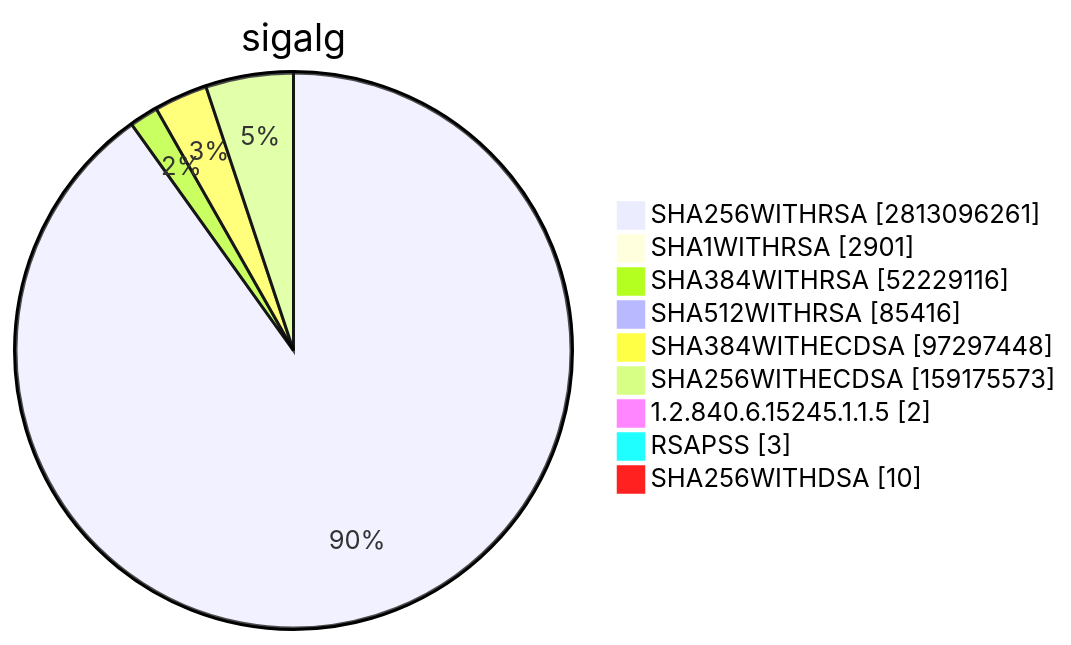
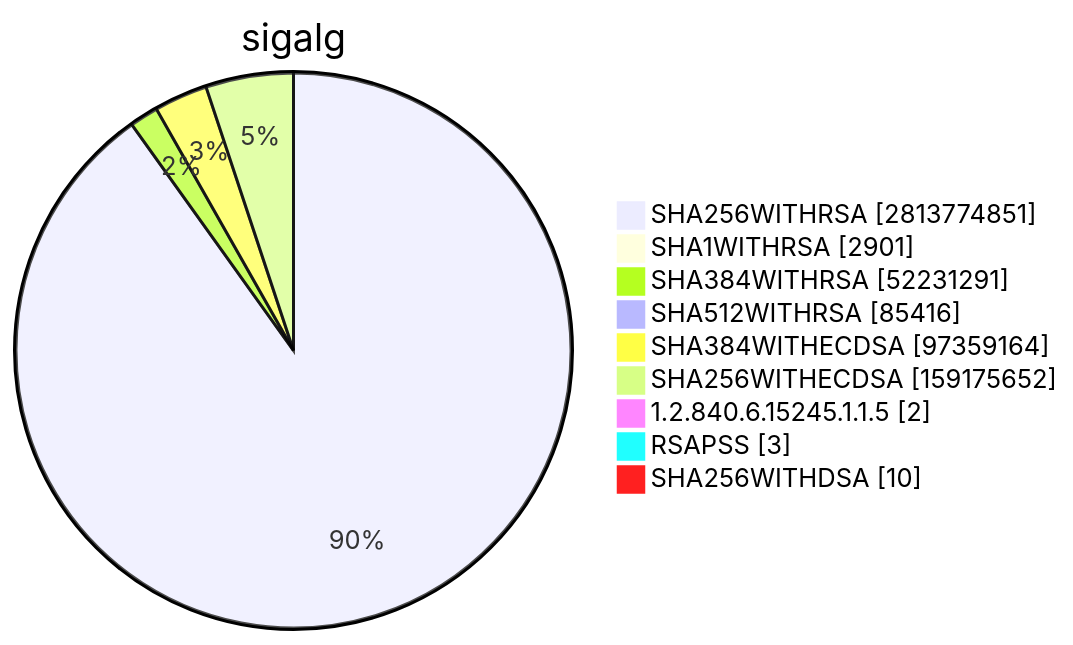
Diagram 15 of 15 in TOTAL/README.md (christiankrug/ctmonitor_visualization), drawn with Mermaid before and after one commit. The commit also changed other lines of this file, not shown here.

````diff
--- a/TOTAL/README.md
+++ b/TOTAL/README.md
@@ -6205,13 +6205,13 @@
 ```mermaid
 pie showData
 title sigalg
-"SHA256WITHRSA" :2813096261
+"SHA256WITHRSA" :2813774851
 "SHA1WITHRSA" :2901
-"SHA384WITHRSA" :52229116
+"SHA384WITHRSA" :52231291
 "SHA512WITHRSA" :85416
-"SHA384WITHECDSA" :97297448
-"SHA256WITHECDSA" :159175573
+"SHA384WITHECDSA" :97359164
+"SHA256WITHECDSA" :159175652
 "1.2.840.6.15245.1.1.5" :2
 "RSAPSS" :3
 "SHA256WITHDSA" :10
 ```
````
